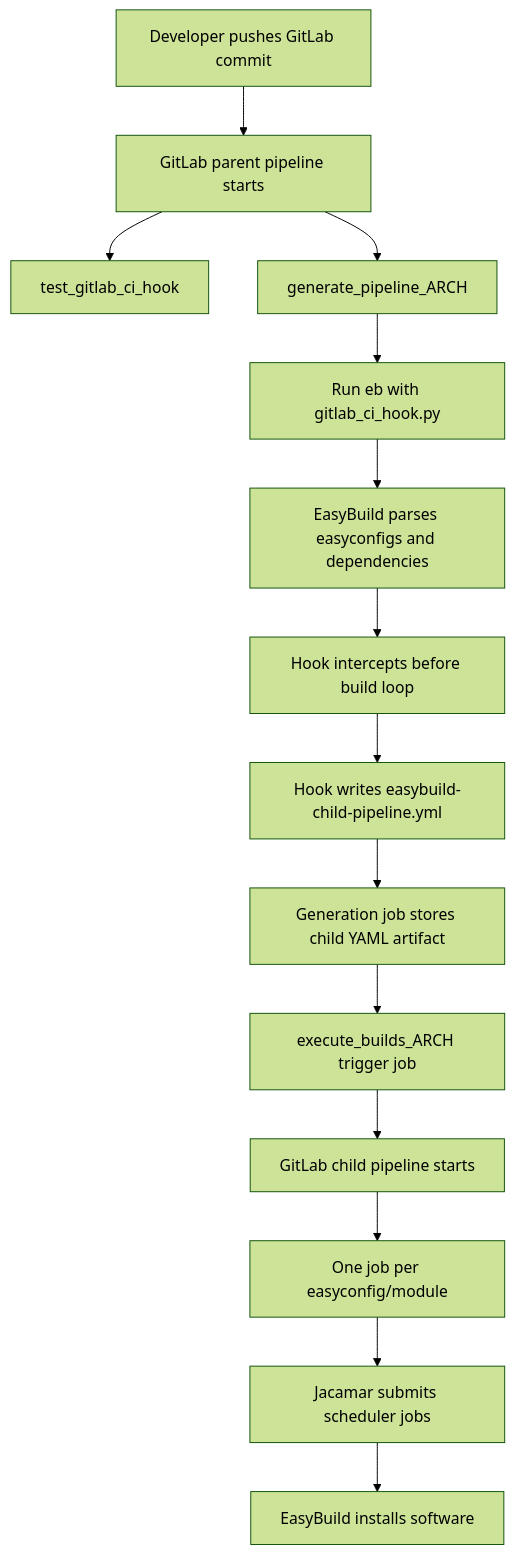
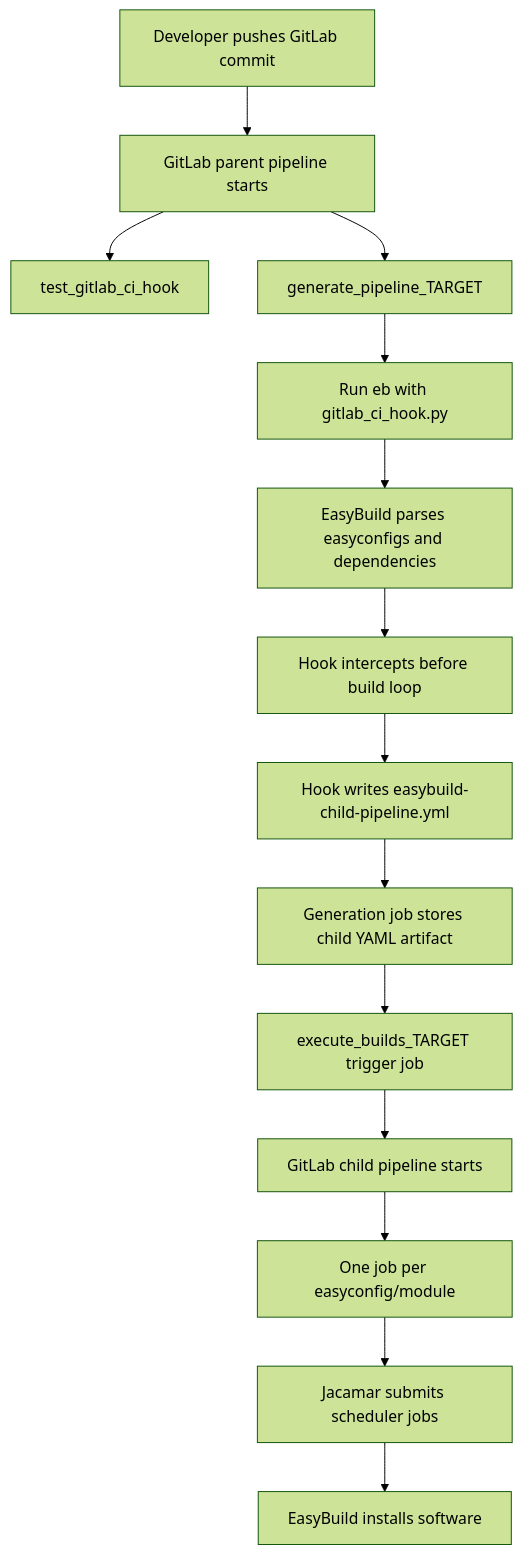
One commit to varunsv97/easybuild-gitlab-hook changed the first of 10 diagrams in README.md. Above: the diagram before and after it, drawn with Mermaid (forest theme). The commit also changed other lines of this file and 1 other file, not shown here.

````diff
--- a/README.md
+++ b/README.md
@@ -36,16 +248,16 @@
 ```mermaid
 flowchart TD
     A[Developer pushes GitLab commit] --> B[GitLab parent pipeline starts]
     B --> C[test_gitlab_ci_hook]
-    B --> D[generate_pipeline_ARCH]
+    B --> D[generate_pipeline_TARGET]
     D --> E[Run eb with gitlab_ci_hook.py]
     E --> F[EasyBuild parses easyconfigs and dependencies]
     F --> G[Hook intercepts before build loop]
     G --> H[Hook writes easybuild-child-pipeline.yml]
     H --> I[Generation job stores child YAML artifact]
-    I --> J[execute_builds_ARCH trigger job]
+    I --> J[execute_builds_TARGET trigger job]
     J --> K[GitLab child pipeline starts]
     K --> L[One job per easyconfig/module]
     L --> M[Jacamar submits scheduler jobs]
     M --> N[EasyBuild installs software]
 ```
````
